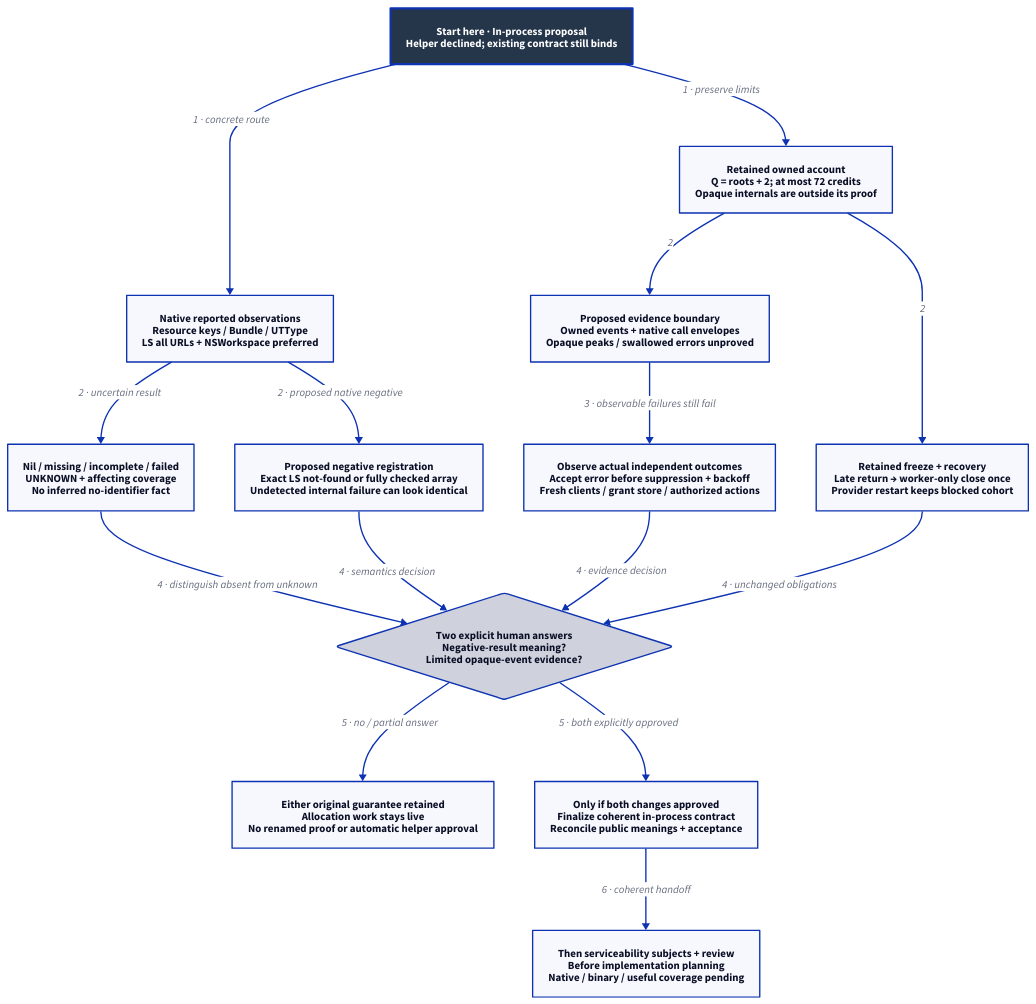
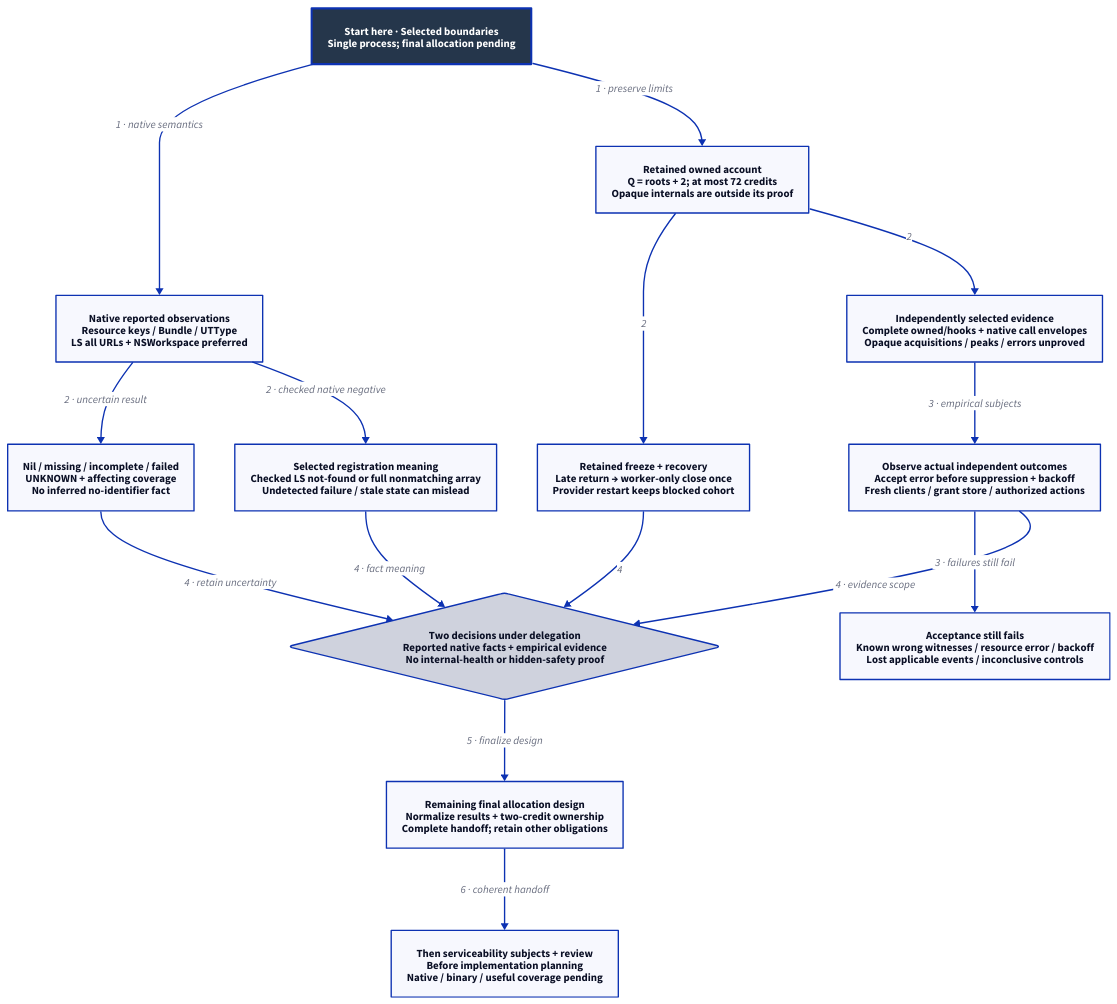
Before and after one commit to Linkuistics/Koine: the diagram in docs/design/architecture/search-resources.d2, drawn with D2. The commit also changed 18 other files, not shown here.

Commit message:
search-observation-contract-k118: select reported native facts and empirical evidence under delegation

```diff
--- a/docs/design/architecture/search-resources.d2
+++ b/docs/design/architecture/search-resources.d2
@@ -1,31 +1,31 @@
-# In-process native-observation proposal. Two human answers required; acceptance pending.
+# Two requirements boundaries selected under delegated judgment; final allocation and acceptance pending.
 direction: down
 classes: {
   start: {style: {fill: "#25364B"; font-color: "#FFFFFF"; bold: true; stroke-width: 3}}
 }
-Start: "Start here · In-process proposal\nHelper declined; existing contract still binds" {class: start}
+Start: "Start here · Selected boundaries\nSingle process; final allocation pending" {class: start}
 Calls: "Native reported observations\nResource keys / Bundle / UTType\nLS all URLs + NSWorkspace preferred"
 Unknown: "Nil / missing / incomplete / failed\nUNKNOWN + affecting coverage\nNo inferred no-identifier fact"
-Negative: "Proposed negative registration\nExact LS not-found or fully checked array\nUndetected internal failure can look identical"
+Negative: "Selected registration meaning\nChecked LS not-found or full nonmatching array\nUndetected failure / stale state can mislead"
 Ownership: "Retained owned account\nQ = roots + 2; at most 72 credits\nOpaque internals are outside its proof"
 Lifetime: "Retained freeze + recovery\nLate return → worker-only close once\nProvider restart keeps blocked cohort"
-Evidence: "Proposed evidence boundary\nOwned events + native call envelopes\nOpaque peaks / swallowed errors unproved"
+Evidence: "Independently selected evidence\nComplete owned/hooks + native call envelopes\nOpaque acquisitions / peaks / errors unproved"
 Listener: "Observe actual independent outcomes\nAccept error before suppression + backoff\nFresh clients / grant store / authorized actions"
-Decision: "Two explicit human answers\nNegative-result meaning?\nLimited opaque-event evidence?" {shape: diamond}
-Retain: "Either original guarantee retained\nAllocation work stays live\nNo renamed proof or automatic helper approval"
-Accept: "Only if both changes approved\nFinalize coherent in-process contract\nReconcile public meanings + acceptance"
+Failures: "Acceptance still fails\nKnown wrong witnesses / resource error / backoff\nLost applicable events / inconclusive controls"
+Decision: "Two decisions under delegation\nReported native facts + empirical evidence\nNo internal-health or hidden-safety proof" {shape: diamond}
+Contract: "Remaining final allocation design\nNormalize results + two-credit ownership\nComplete handoff; retain other obligations"
 Pending: "Then serviceability subjects + review\nBefore implementation planning\nNative / binary / useful coverage pending"
-Start -> Calls: "1 · concrete route"
+Start -> Calls: "1 · native semantics"
 Start -> Ownership: "1 · preserve limits"
 Calls -> Unknown: "2 · uncertain result"
-Calls -> Negative: "2 · proposed native negative"
+Calls -> Negative: "2 · checked native negative"
 Ownership -> Lifetime: "2"
 Ownership -> Evidence: "2"
-Evidence -> Listener: "3 · observable failures still fail"
-Unknown -> Decision: "4 · distinguish absent from unknown"
-Negative -> Decision: "4 · semantics decision"
-Listener -> Decision: "4 · evidence decision"
-Lifetime -> Decision: "4 · unchanged obligations"
-Decision -> Retain: "5 · no / partial answer"
-Decision -> Accept: "5 · both explicitly approved"
-Accept -> Pending: "6 · coherent handoff"
+Evidence -> Listener: "3 · empirical subjects"
+Listener -> Failures: "3 · failures still fail"
+Unknown -> Decision: "4 · retain uncertainty"
+Negative -> Decision: "4 · fact meaning"
+Listener -> Decision: "4 · evidence scope"
+Lifetime -> Decision: "4"
+Decision -> Contract: "5 · finalize design"
+Contract -> Pending: "6 · coherent handoff"
```
